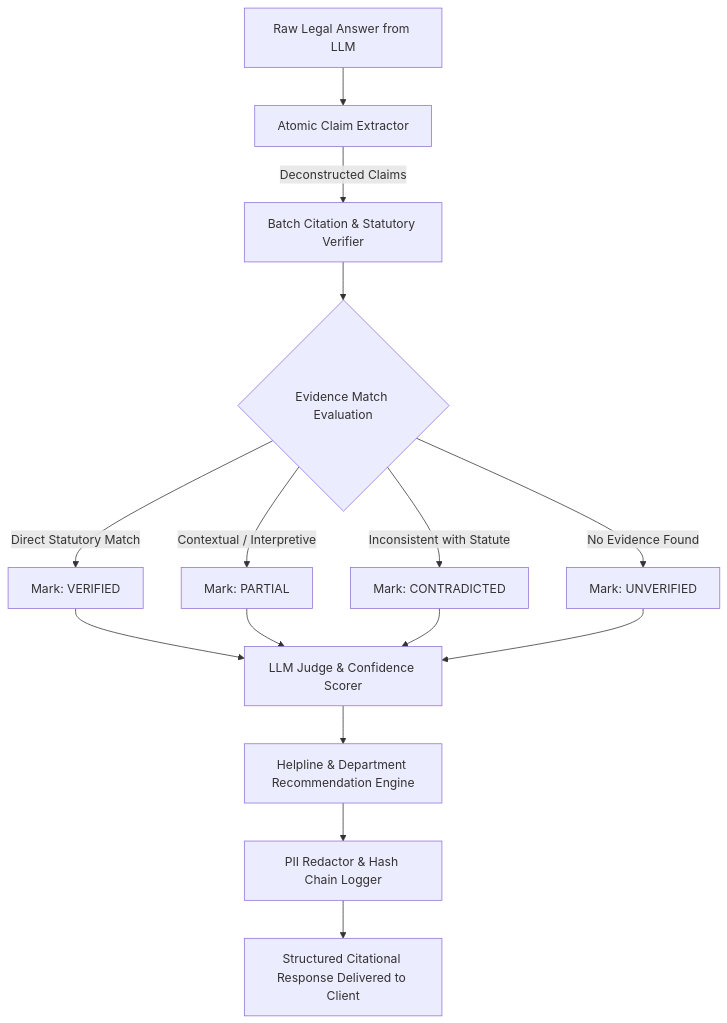
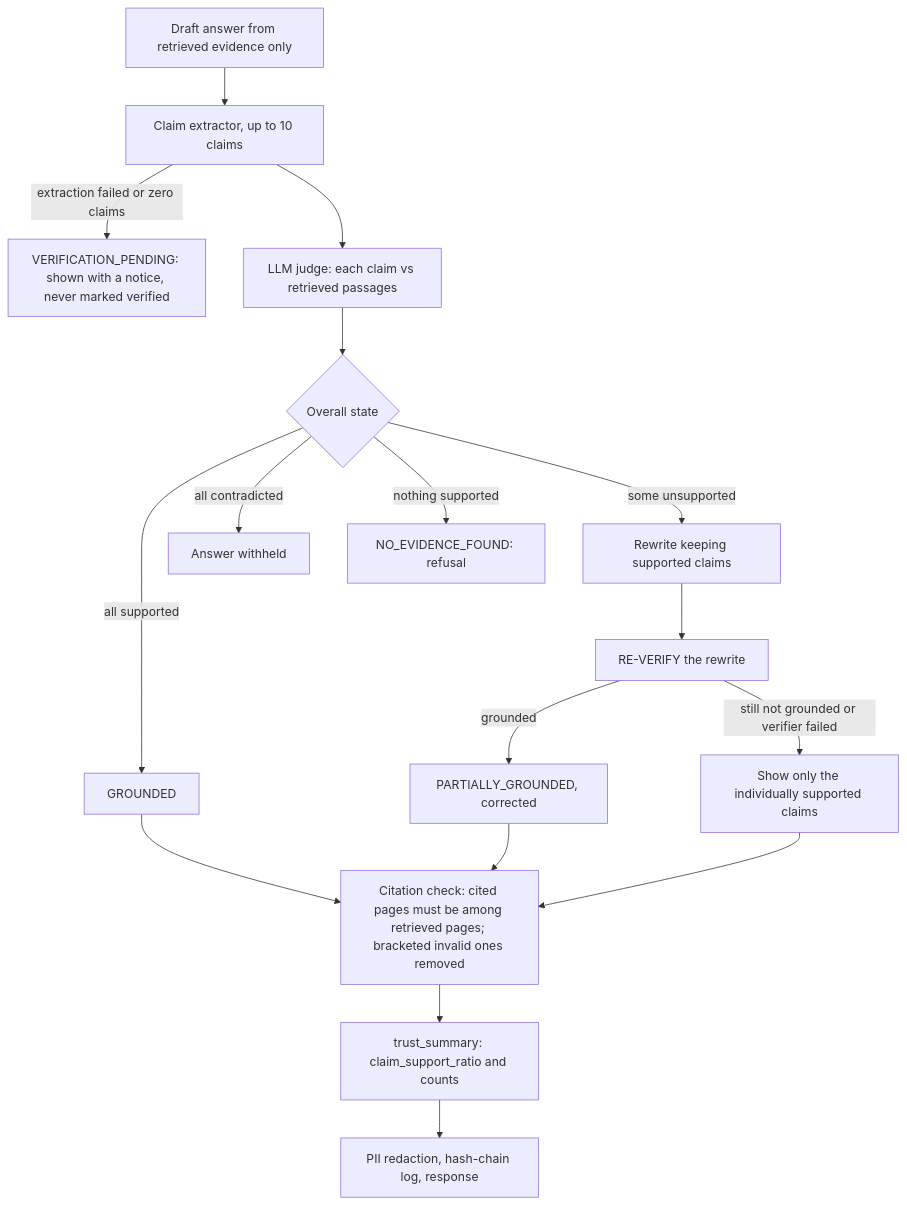
One commit to tanisha-64/NyayaPramaan changed the third of 3 diagrams in README.md. Above: the diagram before and after it, drawn with Mermaid. The commit also changed other lines of this file and 64 other files, not shown here.

````diff
--- a/README.md
+++ b/README.md
@@ -116,14 +116,17 @@
 ```mermaid
 flowchart TD
-    A[Raw Legal Answer from LLM] --> B[Atomic Claim Extractor]
-    B -->|Deconstructed Claims| C[Batch Citation & Statutory Verifier]
-    C --> D{Evidence Match Evaluation}
-    D -->|Direct Statutory Match| E[Mark: VERIFIED]
-    D -->|Contextual / Interpretive| F[Mark: PARTIAL]
-    D -->|Inconsistent with Statute| G[Mark: CONTRADICTED]
-    D -->|No Evidence Found| H[Mark: UNVERIFIED]
-    E & F & G & H --> I[LLM Judge & Confidence Scorer]
-    I --> J[Helpline & Department Recommendation Engine]
-    J --> K[PII Redactor & Hash Chain Logger]
-    K --> L[Structured Citational Response Delivered to Client]
+    A[Draft answer from retrieved evidence only] --> B[Claim extractor, up to 10 claims]
+    B -->|extraction failed or zero claims| P[VERIFICATION_PENDING: shown with a notice, never marked verified]
+    B --> C[LLM judge: each claim vs retrieved passages]
+    C --> D{Overall state}
+    D -->|all supported| G[GROUNDED]
+    D -->|some unsupported| E[Rewrite keeping supported claims]
+    E --> F[RE-VERIFY the rewrite]
+    F -->|still not grounded or verifier failed| H[Show only the individually supported claims]
+    F -->|grounded| G2[PARTIALLY_GROUNDED, corrected]
+    D -->|all contradicted| W[Answer withheld]
+    D -->|nothing supported| N[NO_EVIDENCE_FOUND: refusal]
+    G & G2 & H --> I[Citation check: cited pages must be among retrieved pages; bracketed invalid ones removed]
+    I --> J[trust_summary: claim_support_ratio and counts]
+    J --> K[PII redaction, hash-chain log, response]
 ```
````
